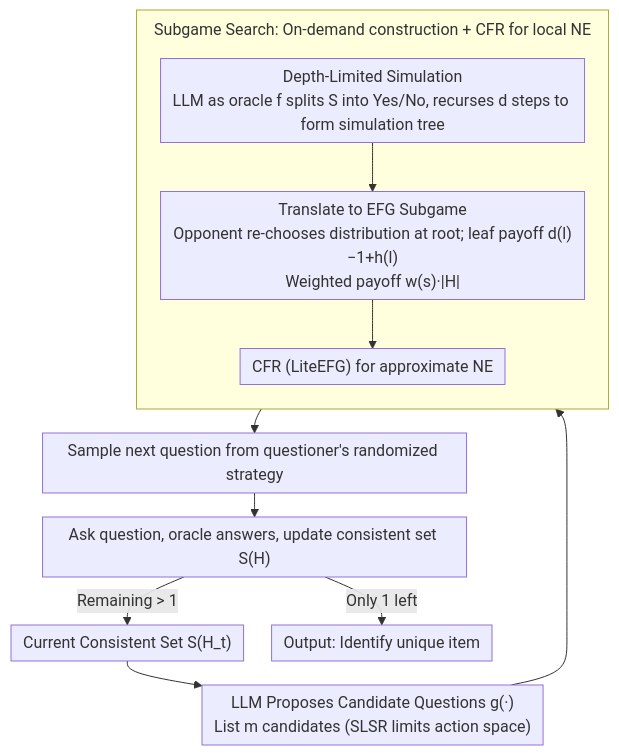
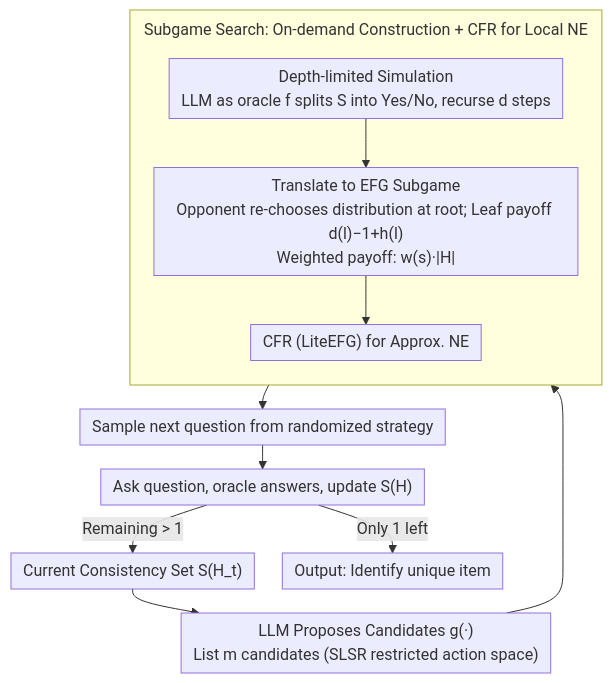
The diagram in docs/ICML2026/reinforcement_learning/game_of_thought_robust_information_seeking_with_large_language_models_using_game.md (zhaoyang97/Paper-Notes-en), drawn with Mermaid before and after one commit. The commit also changed other lines of this file and 5084 other files, not shown here.

````diff
--- a/docs/ICML2026/reinforcement_learning/game_of_thought_robust_information_seeking_with_large_language_models_using_game.md
+++ b/docs/ICML2026/reinforcement_learning/game_of_thought_robust_information_seeking_with_large_language_models_using_game.md
@@ -48,17 +48,17 @@
 ```mermaid
 %%{init: {'flowchart': {'rankSpacing': 24, 'nodeSpacing': 28, 'padding': 6, 'wrappingWidth': 400, 'subGraphTitleMargin': {'top': 8, 'bottom': 16}}}}%%
 flowchart TD
-    A["Current Consistent Set S(H_t)"] --> B["LLM Proposes Candidate Questions g(·)<br/>List m candidates (SLSR limits action space)"]
-    subgraph SG["Subgame Search: On-demand construction + CFR for local NE"]
+    A["Current Consistency Set S(H_t)"] --> B["LLM Proposes Candidates g(·)<br/>List m candidates (SLSR restricted action space)"]
+    subgraph SG["Subgame Search: On-demand Construction + CFR for Local NE"]
         direction TB
-        C["Depth-Limited Simulation<br/>LLM as oracle f splits S into Yes/No, recurses d steps to form simulation tree"]
-        D["Translate to EFG Subgame<br/>Opponent re-chooses distribution at root; leaf payoff d(l)−1+h(l)<br/>Weighted payoff w(s)·|H|"]
-        E["CFR (LiteEFG) for approximate NE"]
+        C["Depth-limited Simulation<br/>LLM as oracle f splits S into Yes/No, recurse d steps"]
+        D["Translate to EFG Subgame<br/>Opponent re-chooses distribution at root; Leaf payoff d(l)−1+h(l)<br/>Weighted payoff: w(s)·|H|"]
+        E["CFR (LiteEFG) for Approx. NE"]
         C --> D --> E
     end
     B --> C
-    E --> F["Sample next question from questioner's randomized strategy"]
-    F --> G["Ask question, oracle answers, update consistent set S(H)"]
+    E --> F["Sample next question from randomized strategy"]
+    F --> G["Ask question, oracle answers, update S(H)"]
     G -->|"Remaining > 1"| A
     G -->|"Only 1 left"| H["Output: Identify unique item"]
 ```
````
